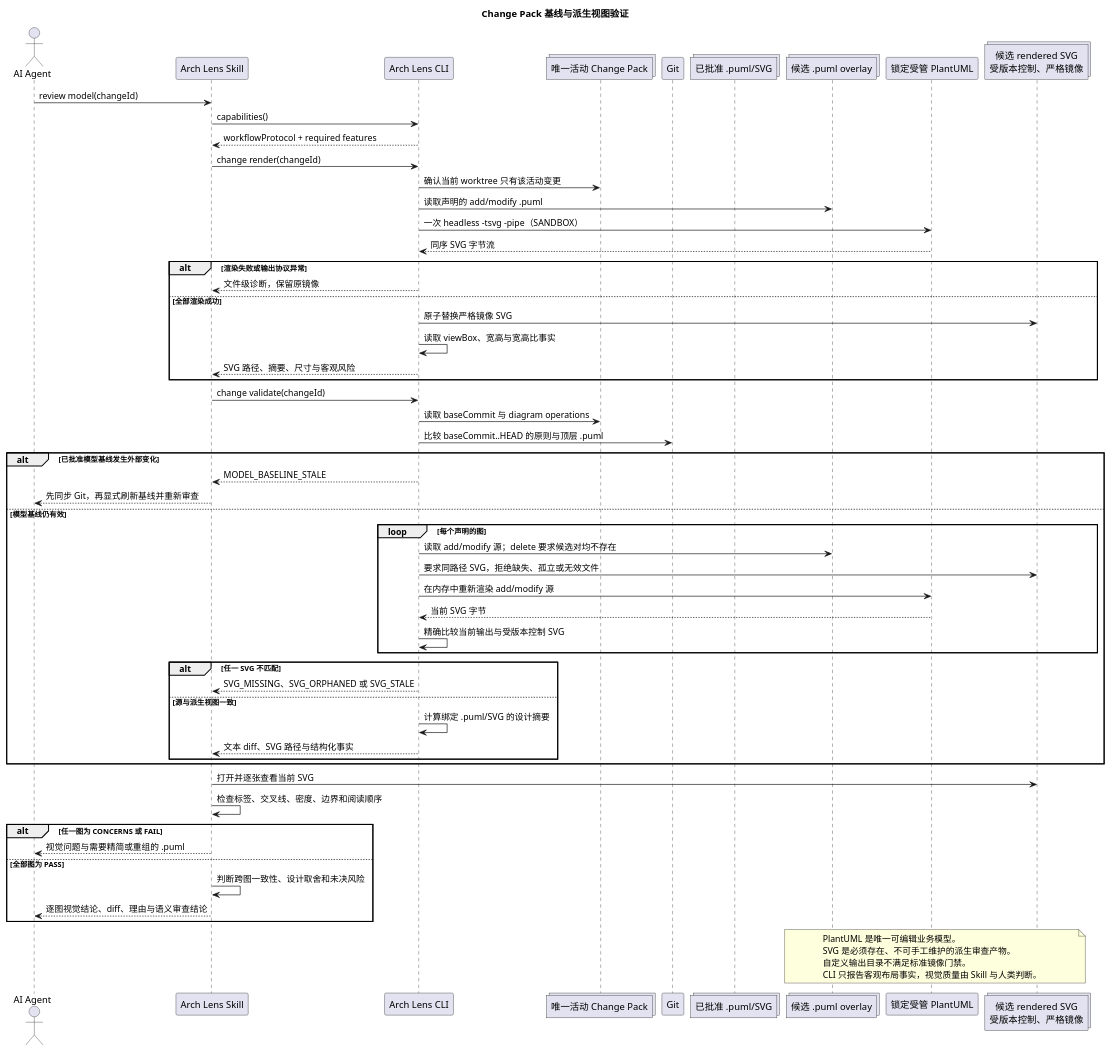
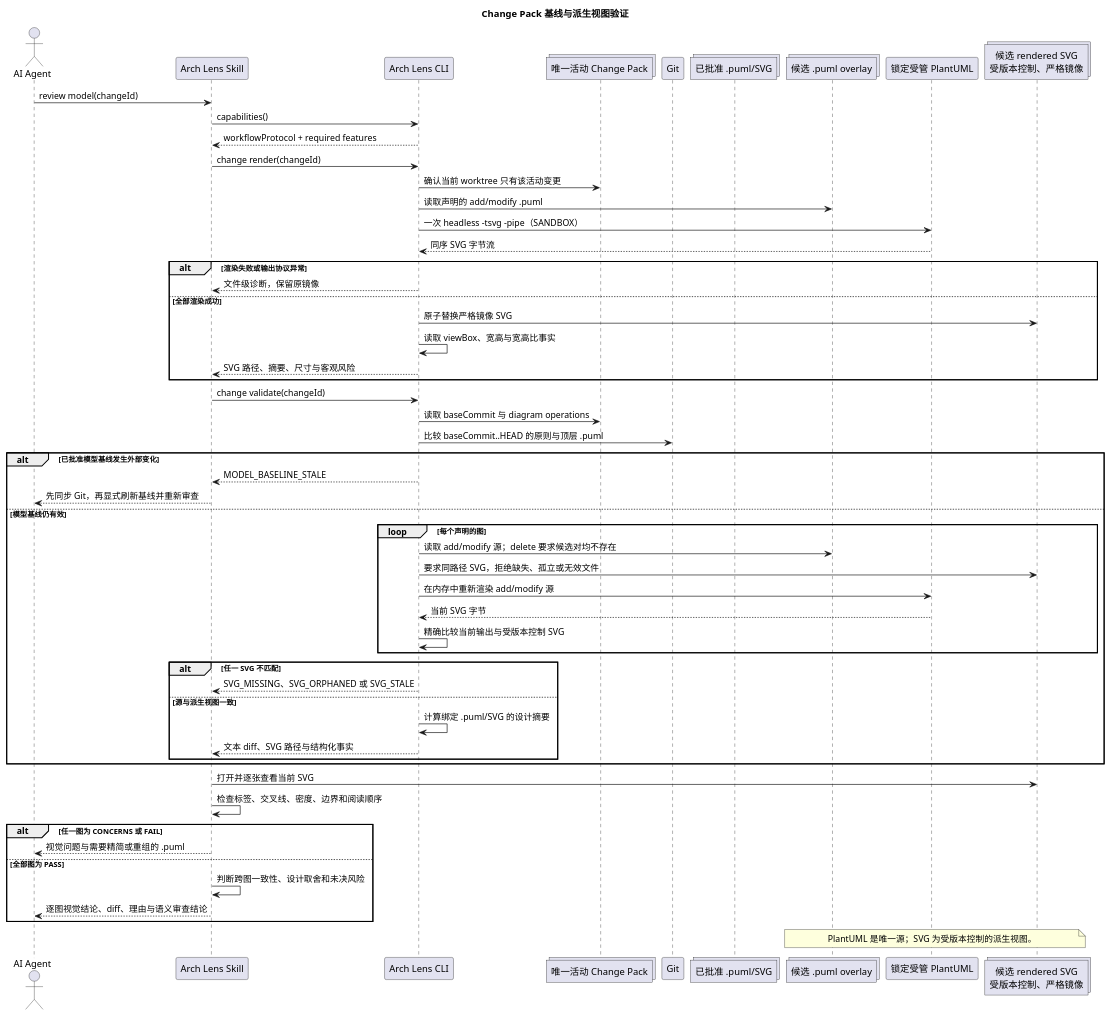
One commit to spec-alchemy/arch-lens changed the diagram in .arch-lens/diagrams/check-and-render.sequence.puml. Above: the diagram before and after it, drawn with PlantUML. The commit also changed 11 other files, not shown here.

Commit message:
arch: tighten diagram note budgets

```diff
--- a/.arch-lens/diagrams/check-and-render.sequence.puml
+++ b/.arch-lens/diagrams/check-and-render.sequence.puml
@@ -1,72 +1,67 @@
 @startuml
 ' arch-lens: type=sequence
 ' arch-lens: question=CLI 如何证明候选 PlantUML 基于最新批准模型，并且受版本控制 SVG 是其锁定运行时的当前输出？
 title Change Pack 基线与派生视图验证
 
 actor "AI Agent" as Agent
 participant "Arch Lens Skill" as Skill
 participant "Arch Lens CLI" as CLI
 collections "唯一活动 Change Pack" as Change
 participant "Git" as Git
 collections "已批准 .puml/SVG" as Approved
 collections "候选 .puml overlay" as Candidate
 participant "锁定受管 PlantUML" as PlantUML
 collections "候选 rendered SVG\n受版本控制、严格镜像" as Output
 
 Agent -> Skill : review model(changeId)
 Skill -> CLI : capabilities()
 CLI --> Skill : workflowProtocol + required features
 Skill -> CLI : change render(changeId)
 CLI -> Change : 确认当前 worktree 只有该活动变更
 CLI -> Candidate : 读取声明的 add/modify .puml
 CLI -> PlantUML : 一次 headless -tsvg -pipe（SANDBOX）
 PlantUML --> CLI : 同序 SVG 字节流
 
 alt 渲染失败或输出协议异常
   CLI --> Skill : 文件级诊断，保留原镜像
 else 全部渲染成功
   CLI -> Output : 原子替换严格镜像 SVG
   CLI -> CLI : 读取 viewBox、宽高与宽高比事实
   CLI --> Skill : SVG 路径、摘要、尺寸与客观风险
 end
 
 Skill -> CLI : change validate(changeId)
 CLI -> Change : 读取 baseCommit 与 diagram operations
 CLI -> Git : 比较 baseCommit..HEAD 的原则与顶层 .puml
 
 alt 已批准模型基线发生外部变化
   CLI --> Skill : MODEL_BASELINE_STALE
   Skill --> Agent : 先同步 Git，再显式刷新基线并重新审查
 else 模型基线仍有效
   loop 每个声明的图
     CLI -> Candidate : 读取 add/modify 源；delete 要求候选对均不存在
     CLI -> Output : 要求同路径 SVG，拒绝缺失、孤立或无效文件
     CLI -> PlantUML : 在内存中重新渲染 add/modify 源
     PlantUML --> CLI : 当前 SVG 字节
     CLI -> CLI : 精确比较当前输出与受版本控制 SVG
   end
 
   alt 任一 SVG 不匹配
     CLI --> Skill : SVG_MISSING、SVG_ORPHANED 或 SVG_STALE
   else 源与派生视图一致
     CLI -> CLI : 计算绑定 .puml/SVG 的设计摘要
     CLI --> Skill : 文本 diff、SVG 路径与结构化事实
   end
 end
 
 Skill -> Output : 打开并逐张查看当前 SVG
 Skill -> Skill : 检查标签、交叉线、密度、边界和阅读顺序
 alt 任一图为 CONCERNS 或 FAIL
   Skill --> Agent : 视觉问题与需要精简或重组的 .puml
 else 全部图为 PASS
   Skill -> Skill : 判断跨图一致性、设计取舍和未决风险
   Skill --> Agent : 逐图视觉结论、diff、理由与语义审查结论
 end
 
-note over Candidate,Output
-  PlantUML 是唯一可编辑业务模型。
-  SVG 是必须存在、不可手工维护的派生审查产物。
-  自定义输出目录不满足标准镜像门禁。
-  CLI 只报告客观布局事实，视觉质量由 Skill 与人类判断。
-end note
+note over Candidate,Output: PlantUML 是唯一源；SVG 为受版本控制的派生视图。
 @enduml
```
